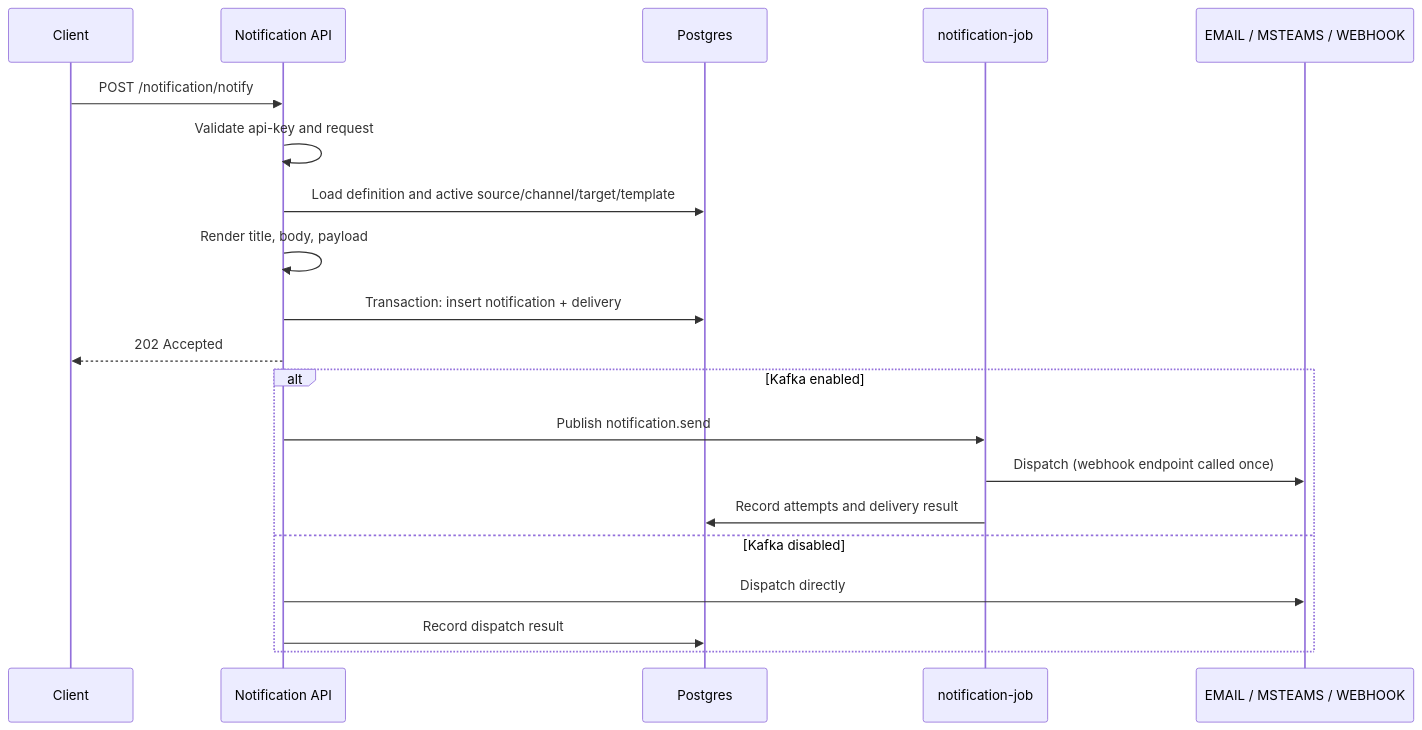
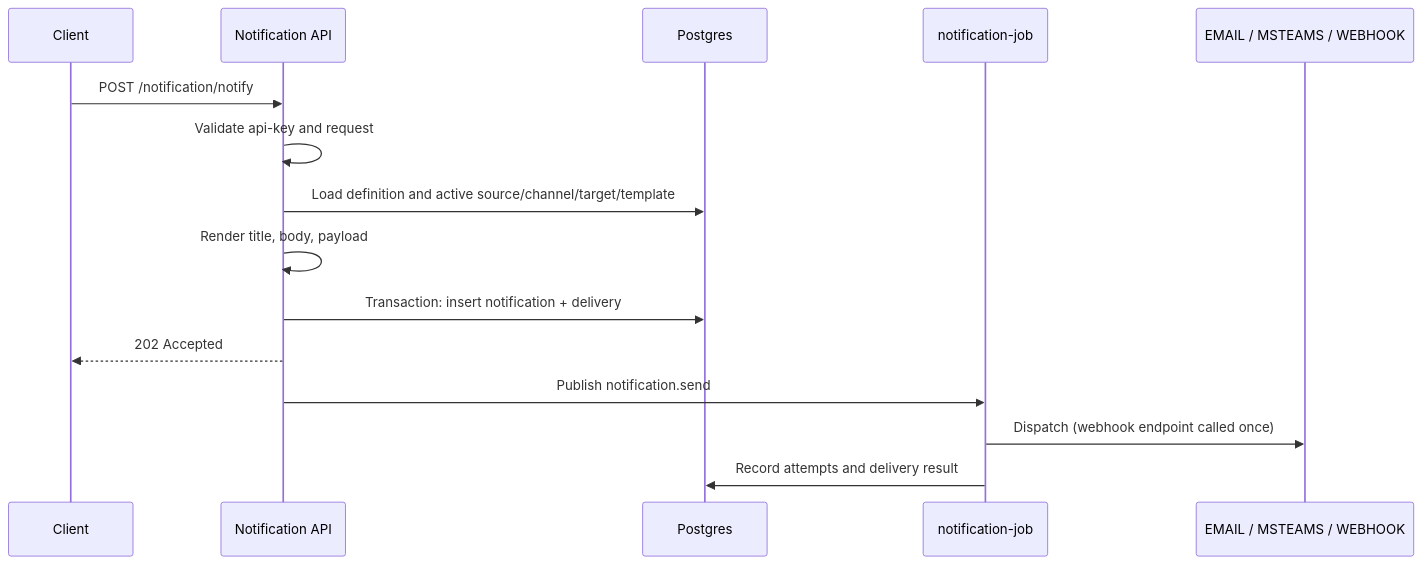
The diagram in docs/api_flow.md (AtlasBevis/notification-service), drawn with Mermaid before and after one commit. The commit also changed other lines of this file and 22 other files, not shown here.

````diff
--- a/docs/api_flow.md
+++ b/docs/api_flow.md
@@ -29,23 +29,18 @@
 ```mermaid
 sequenceDiagram
     participant Client
     participant API as Notification API
     participant DB as Postgres
     participant Worker as notification-job
     participant Channel as EMAIL / MSTEAMS / WEBHOOK
 
     Client->>API: POST /notification/notify
     API->>API: Validate api-key and request
     API->>DB: Load definition and active source/channel/target/template
     API->>API: Render title, body, payload
     API->>DB: Transaction: insert notification + delivery
     API-->>Client: 202 Accepted
-    alt Kafka enabled
-        API->>Worker: Publish notification.send
-        Worker->>Channel: Dispatch (webhook endpoint called once)
-        Worker->>DB: Record attempts and delivery result
-    else Kafka disabled
-        API->>Channel: Dispatch directly
-        API->>DB: Record dispatch result
-    end
+    API->>Worker: Publish notification.send
+    Worker->>Channel: Dispatch (webhook endpoint called once)
+    Worker->>DB: Record attempts and delivery result
 ```
````
